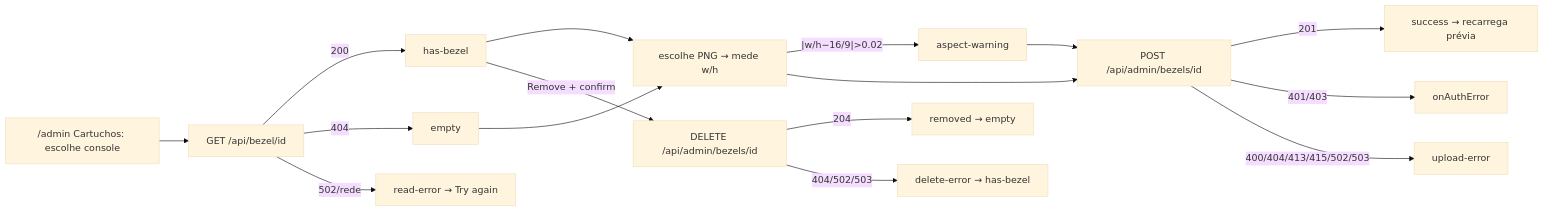
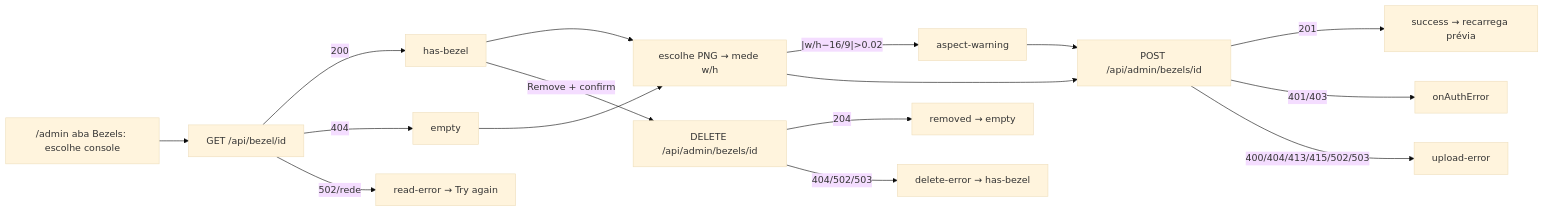
One commit to LeoProStyle/Portifolio changed the diagram in layout/Sistema-chaveiro-jogo/docs/features/0002F-emulator-themes-controls/subfeatures/SF04-console-bezels/design.md. Above: the diagram before and after it, drawn with Mermaid (base theme). The commit also changed other lines of this file and 10 other files, not shown here.

````diff
--- a/layout/Sistema-chaveiro-jogo/docs/features/0002F-emulator-themes-controls/subfeatures/SF04-console-bezels/design.md
+++ b/layout/Sistema-chaveiro-jogo/docs/features/0002F-emulator-themes-controls/subfeatures/SF04-console-bezels/design.md
@@ -127,18 +127,18 @@
 ```mermaid
 flowchart LR
-  Admin["/admin Cartuchos: escolhe console"] --> Check["GET /api/bezel/id"]
+  Admin["/admin aba Bezels: escolhe console"] --> Check["GET /api/bezel/id"]
   Check -->|200| Has["has-bezel"]
   Check -->|404| Empty["empty"]
   Check -->|502/rede| ReadErr["read-error → Try again"]
   Has --> Pick["escolhe PNG → mede w/h"]
   Empty --> Pick
   Pick -->|"|w/h−16/9|>0.02"| Warn["aspect-warning"]
   Pick --> Up["POST /api/admin/bezels/id"]
   Warn --> Up
   Up -->|201| Saved["success → recarrega prévia"]
   Up -->|401/403| Auth["onAuthError"]
   Up -->|400/404/413/415/502/503| UpErr["upload-error"]
   Has -->|"Remove + confirm"| Del["DELETE /api/admin/bezels/id"]
   Del -->|204| Removed["removed → empty"]
   Del -->|404/502/503| DelErr["delete-error → has-bezel"]
 ```
````
